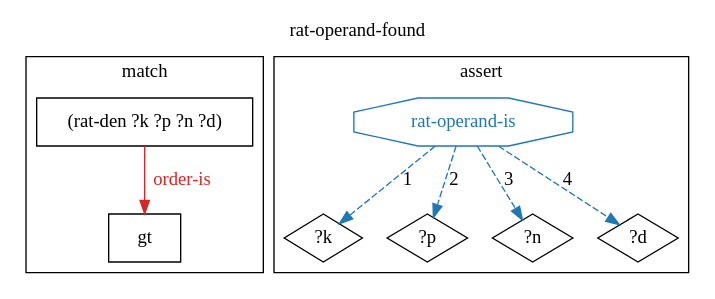
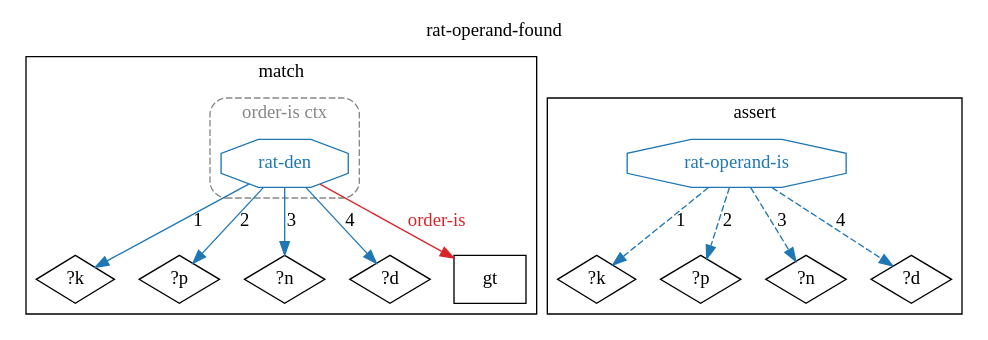
One commit to agutikov/ein changed the diagram in docs/ein/user/04-reference/04-stdlib/diagrams/13-std.math.rat.rat-operand-found.dot. Above: the diagram before and after it, drawn with Graphviz. The commit also changed 691 other files, not shown here.

```diff
--- a/docs/ein/user/04-reference/04-stdlib/diagrams/13-std.math.rat.rat-operand-found.dot
+++ b/docs/ein/user/04-reference/04-stdlib/diagrams/13-std.math.rat.rat-operand-found.dot
@@ -1,20 +1,31 @@
 digraph rule_rat_operand_found_lhs_rhs {
   rankdir=TB;
   label="rat-operand-found"; labelloc=t;
   subgraph cluster_lhs { label="match";
-    "(rat-den ?k ?p ?n ?d)_L" [label="(rat-den ?k ?p ?n ?d)", shape=rectangle];
+    "?k_L" [label="?k", shape=diamond];
+    "?p_L" [label="?p", shape=diamond];
+    "?n_L" [label="?n", shape=diamond];
+    "?d_L" [label="?d", shape=diamond];
     "gt_L" [label="gt", shape=rectangle];
+    subgraph cluster_ctx_L_0 {
+      label="order-is ctx"; style="dashed,rounded"; color="#888888"; fontcolor="#888888";
+      "(rat-den ?k ?p ?n ?d)_L" [shape=octagon, label="rat-den", color="#1f77b4", fontcolor="#1f77b4"];
+    }
     "(rat-den ?k ?p ?n ?d)_L" -> "gt_L" [label="order-is", color="#d62728", fontcolor="#d62728"];
+    "(rat-den ?k ?p ?n ?d)_L" -> "?k_L" [label="1", color="#1f77b4"];
+    "(rat-den ?k ?p ?n ?d)_L" -> "?p_L" [label="2", color="#1f77b4"];
+    "(rat-den ?k ?p ?n ?d)_L" -> "?n_L" [label="3", color="#1f77b4"];
+    "(rat-den ?k ?p ?n ?d)_L" -> "?d_L" [label="4", color="#1f77b4"];
   }
   subgraph cluster_rhs { label="assert";
     "?k_R" [label="?k", shape=diamond];
     "?p_R" [label="?p", shape=diamond];
     "?n_R" [label="?n", shape=diamond];
     "?d_R" [label="?d", shape=diamond];
     "h1_rat-operand-is_R" [shape=octagon, label="rat-operand-is", color="#1f77b4", fontcolor="#1f77b4"];
     "h1_rat-operand-is_R" -> "?k_R" [label="1", color="#1f77b4", style=dashed];
     "h1_rat-operand-is_R" -> "?p_R" [label="2", color="#1f77b4", style=dashed];
     "h1_rat-operand-is_R" -> "?n_R" [label="3", color="#1f77b4", style=dashed];
     "h1_rat-operand-is_R" -> "?d_R" [label="4", color="#1f77b4", style=dashed];
   }
 }
```
